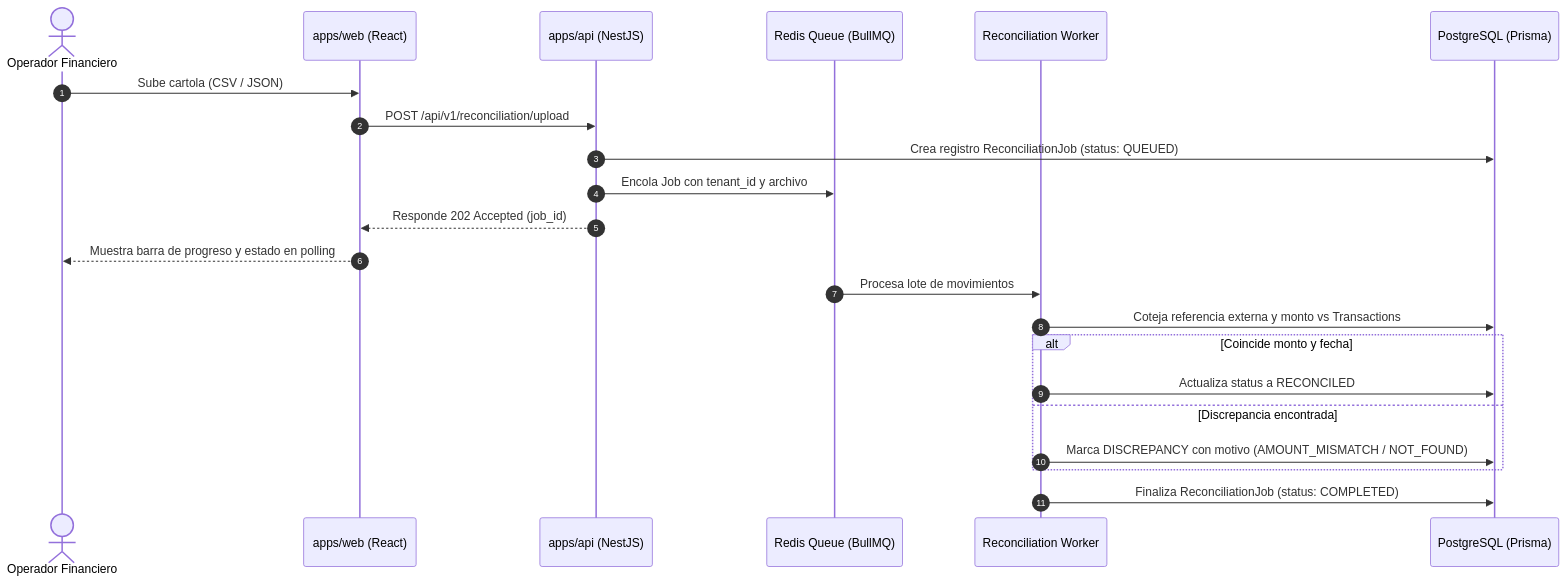
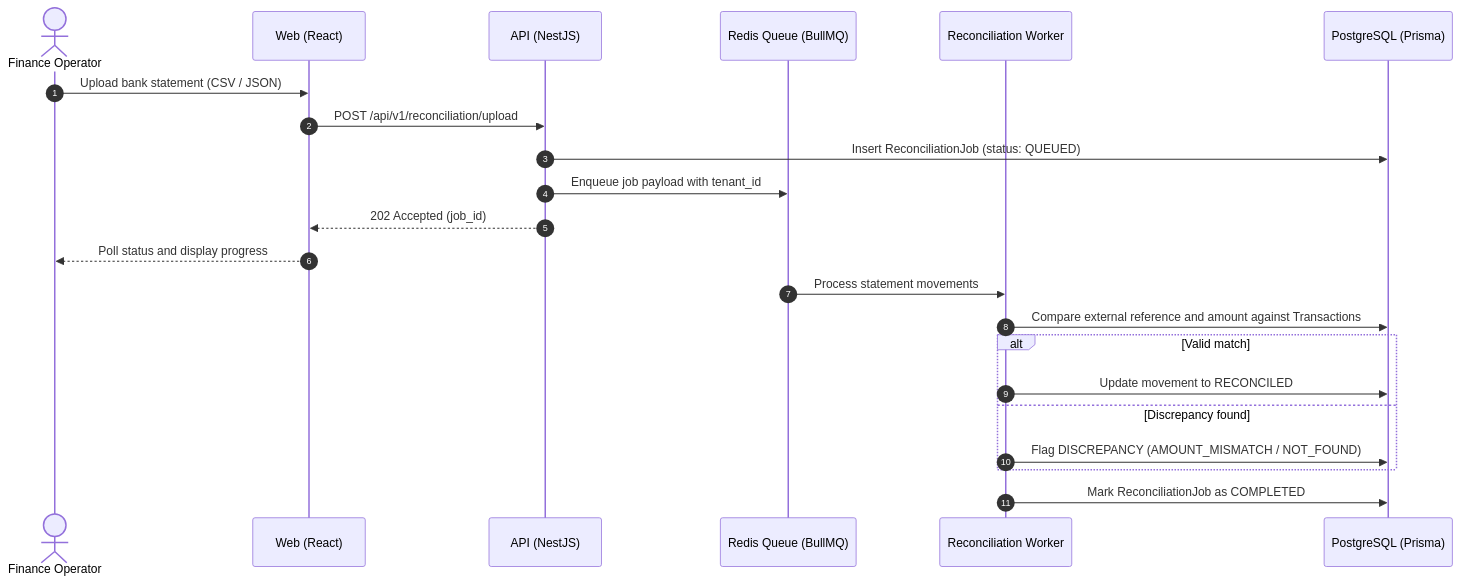
Before and after one commit to DiegoRiveraEstefano/LedgerFlow: the second of 3 diagrams in README.md, drawn with Mermaid. The commit also changed other lines of this file, not shown here.

First line of the commit message:
Rewrite README with English docs and architecture overview

````diff
--- a/README.md
+++ b/README.md
@@ -45,25 +55,25 @@
 ```mermaid
 sequenceDiagram
     autonumber
-    actor Operador as Operador Financiero
-    participant Web as apps/web (React)
-    participant API as apps/api (NestJS)
+    actor Operator as Finance Operator
+    participant Web as Web (React)
+    participant API as API (NestJS)
     participant Queue as Redis Queue (BullMQ)
     participant Worker as Reconciliation Worker
     participant DB as PostgreSQL (Prisma)
 
-    Operador->>Web: Sube cartola (CSV / JSON)
+    Operator->>Web: Upload bank statement (CSV / JSON)
     Web->>API: POST /api/v1/reconciliation/upload
-    API->>DB: Crea registro ReconciliationJob (status: QUEUED)
-    API->>Queue: Encola Job con tenant_id y archivo
-    API-->>Web: Responde 202 Accepted (job_id)
-    Web-->>Operador: Muestra barra de progreso y estado en polling
-    Queue->>Worker: Procesa lote de movimientos
-    Worker->>DB: Coteja referencia externa y monto vs Transactions
-    alt Coincide monto y fecha
-        Worker->>DB: Actualiza status a RECONCILED
-    else Discrepancia encontrada
-        Worker->>DB: Marca DISCREPANCY con motivo (AMOUNT_MISMATCH / NOT_FOUND)
+    API->>DB: Insert ReconciliationJob (status: QUEUED)
+    API->>Queue: Enqueue job payload with tenant_id
+    API-->>Web: 202 Accepted (job_id)
+    Web-->>Operator: Poll status and display progress
+    Queue->>Worker: Process statement movements
+    Worker->>DB: Compare external reference and amount against Transactions
+    alt Valid match
+        Worker->>DB: Update movement to RECONCILED
+    else Discrepancy found
+        Worker->>DB: Flag DISCREPANCY (AMOUNT_MISMATCH / NOT_FOUND)
     end
-    Worker->>DB: Finaliza ReconciliationJob (status: COMPLETED)
+    Worker->>DB: Mark ReconciliationJob as COMPLETED
 ```
````
